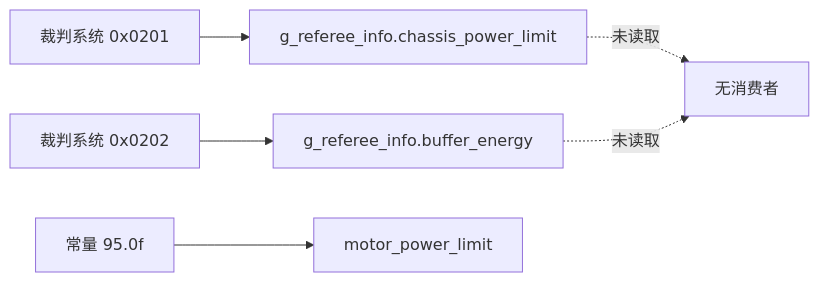
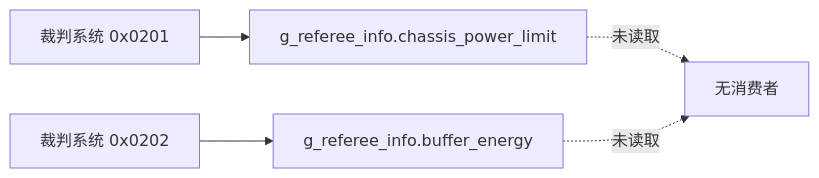
The third of 3 diagrams in docs/03-CAN 与电机/06-功率控制/03-能量缓冲与电容.md (TC635807/TC63PersonalWebsite), drawn with Mermaid before and after one commit. The commit also changed other lines of this file and 728 other files, not shown here.

````diff
--- a/docs/03-CAN 与电机/06-功率控制/03-能量缓冲与电容.md
+++ b/docs/03-CAN 与电机/06-功率控制/03-能量缓冲与电容.md
@@ -69,8 +104,7 @@
 ```mermaid
 flowchart LR
   RS["裁判系统 0x0201"] --> CL["g_referee_info.chassis_power_limit"]
   RH["裁判系统 0x0202"] --> BE["g_referee_info.buffer_energy"]
   CL -.->|"未读取"| X["无消费者"]
   BE -.->|"未读取"| X
-  K["常量 95.0f"] --> MP["motor_power_limit"]
 ```
````
